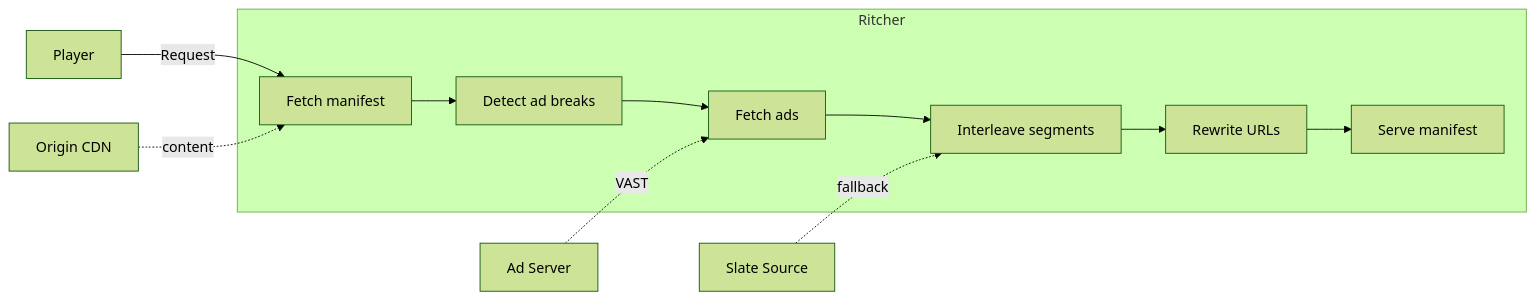
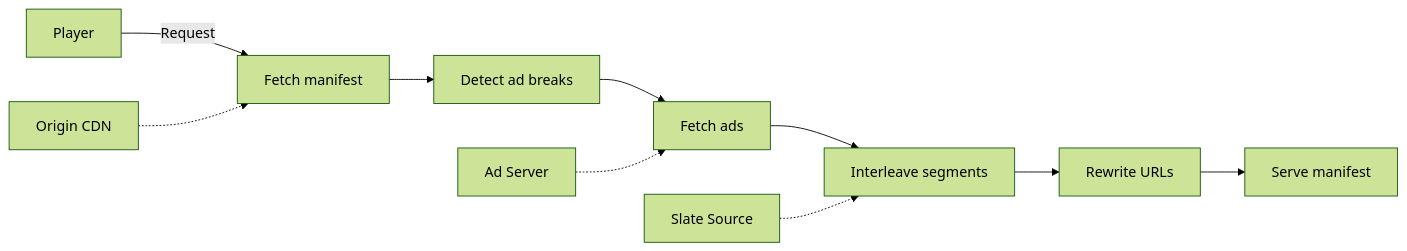
One commit to JoeldelPilar/ritcher changed the diagram in README.md. Above: the diagram before and after it, drawn with Mermaid (forest theme).

Commit message:
fix: flat graph LR without subgraph for GitHub compatibility
GitHub Mermaid ignores LR direction with subgraphs. Switched to plain
graph LR without subgraph for a compact horizontal layout.

````diff
--- a/README.md
+++ b/README.md
@@ -51,12 +51,12 @@
 ```mermaid
-flowchart LR
-    Player -- Request --> S1
-
-    subgraph Ritcher
-        S1[Fetch manifest] --> S2[Detect ad breaks] --> S3[Fetch ads] --> S4[Interleave segments] --> S5[Rewrite URLs] --> S6[Serve manifest]
-    end
-
-    CDN[Origin CDN] -. content .-> S1
-    ADS[Ad Server] -. VAST .-> S3
-    SLATE[Slate Source] -. fallback .-> S4
+graph LR
+    Player -->|Request| S1
+    S1[Fetch manifest] --> S2[Detect ad breaks]
+    S2 --> S3[Fetch ads]
+    S3 --> S4[Interleave segments]
+    S4 --> S5[Rewrite URLs]
+    S5 --> S6[Serve manifest]
+    CDN[Origin CDN] -.-> S1
+    ADS[Ad Server] -.-> S3
+    SLATE[Slate Source] -.-> S4
 ```
````
